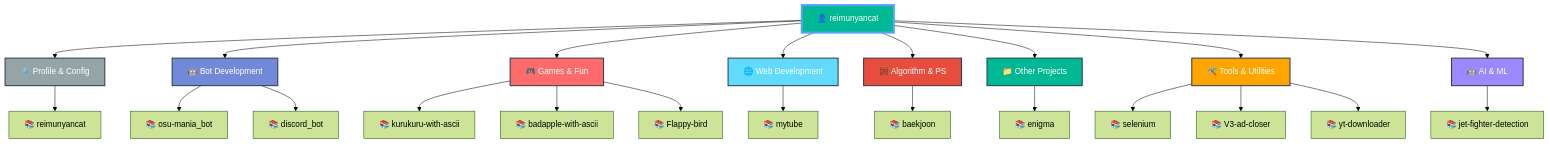
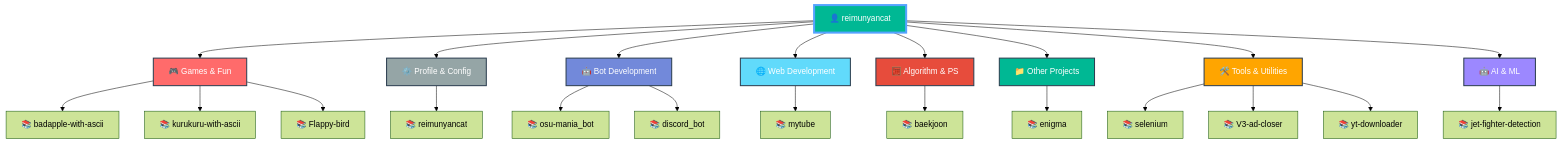
One commit to reimunyancat/reimunyancat changed the diagram in README.md. Above: the diagram before and after it, drawn with Mermaid (forest theme). The commit also changed other lines of this file, not shown here.

Commit message:
🤖 Auto-update README with latest repositories

````diff
--- a/README.md
+++ b/README.md
@@ -159,43 +159,43 @@
 ```mermaid
 graph TD
   A[👤 reimunyancat]
 
-  A --> CAT0[⚙️ Profile & Config]
-  CAT0 --> CAT0_0[📚 reimunyancat]
+  A --> CAT0[🎮 Games & Fun]
+  CAT0 --> CAT0_0[📚 badapple-with-ascii]
+  CAT0 --> CAT0_1[📚 kurukuru-with-ascii]
+  CAT0 --> CAT0_2[📚 Flappy-bird]
 
-  A --> CAT1[🤖 Bot Development]
-  CAT1 --> CAT1_0[📚 osu-mania_bot]
-  CAT1 --> CAT1_1[📚 discord_bot]
+  A --> CAT1[⚙️ Profile & Config]
+  CAT1 --> CAT1_0[📚 reimunyancat]
 
-  A --> CAT2[🎮 Games & Fun]
-  CAT2 --> CAT2_0[📚 kurukuru-with-ascii]
-  CAT2 --> CAT2_1[📚 badapple-with-ascii]
-  CAT2 --> CAT2_2[📚 Flappy-bird]
+  A --> CAT2[🤖 Bot Development]
+  CAT2 --> CAT2_0[📚 osu-mania_bot]
+  CAT2 --> CAT2_1[📚 discord_bot]
 
   A --> CAT3[🌐 Web Development]
   CAT3 --> CAT3_0[📚 mytube]
 
   A --> CAT4[🧮 Algorithm & PS]
   CAT4 --> CAT4_0[📚 baekjoon]
 
   A --> CAT5[📁 Other Projects]
   CAT5 --> CAT5_0[📚 enigma]
 
   A --> CAT6[🛠️ Tools & Utilities]
   CAT6 --> CAT6_0[📚 selenium]
   CAT6 --> CAT6_1[📚 V3-ad-closer]
   CAT6 --> CAT6_2[📚 yt-downloader]
 
   A --> CAT7[🤖 AI & ML]
   CAT7 --> CAT7_0[📚 jet-fighter-detection]
 
   style A fill:#00b894,stroke:#55a3ff,stroke-width:4px,color:#fff
-  style CAT0 fill:#95a5a6,stroke:#2c3e50,stroke-width:2px,color:#fff
-  style CAT1 fill:#7289da,stroke:#2c3e50,stroke-width:2px,color:#fff
-  style CAT2 fill:#ff6b6b,stroke:#2c3e50,stroke-width:2px,color:#fff
+  style CAT0 fill:#ff6b6b,stroke:#2c3e50,stroke-width:2px,color:#fff
+  style CAT1 fill:#95a5a6,stroke:#2c3e50,stroke-width:2px,color:#fff
+  style CAT2 fill:#7289da,stroke:#2c3e50,stroke-width:2px,color:#fff
   style CAT3 fill:#61dafb,stroke:#2c3e50,stroke-width:2px,color:#fff
   style CAT4 fill:#e74c3c,stroke:#2c3e50,stroke-width:2px,color:#fff
   style CAT5 fill:#00b894,stroke:#2c3e50,stroke-width:2px,color:#fff
   style CAT6 fill:#ffa500,stroke:#2c3e50,stroke-width:2px,color:#fff
   style CAT7 fill:#9c88ff,stroke:#2c3e50,stroke-width:2px,color:#fff
 ```
````
